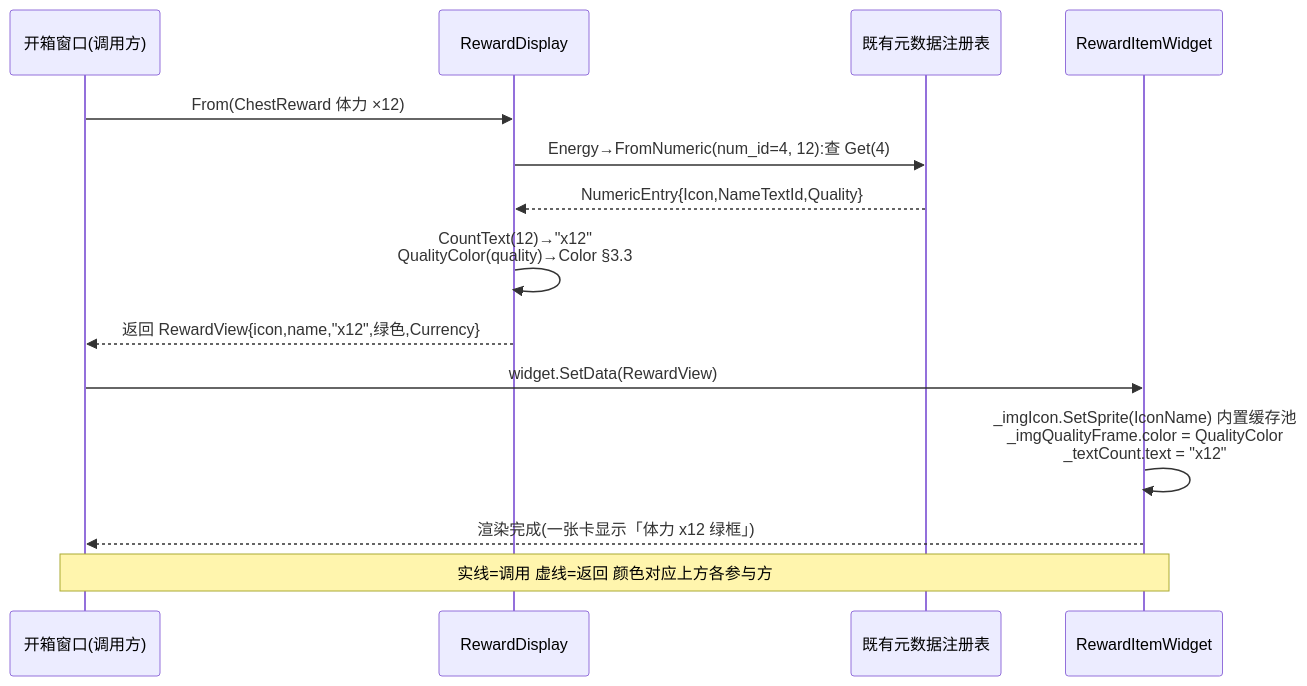
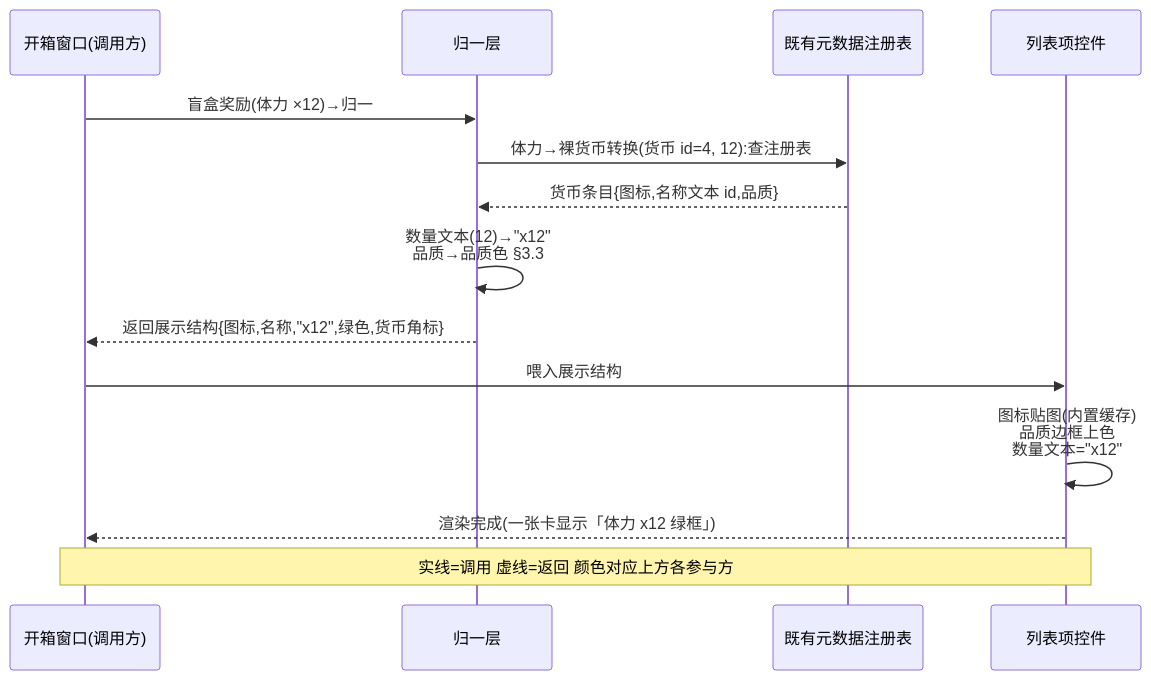
The second of 2 diagrams in UnityProject/design-docs/17-reward-display.md (zhoupeng921101/TEngine_zp), drawn with Mermaid before and after one commit. The commit also changed other lines of this file and 20 other files, not shown here.

````diff
--- a/UnityProject/design-docs/17-reward-display.md
+++ b/UnityProject/design-docs/17-reward-display.md
@@ -308,16 +220,16 @@
 ```mermaid
 sequenceDiagram
     participant W as 开箱窗口(调用方)
-    participant R as RewardDisplay
+    participant R as 归一层
     participant M as 既有元数据注册表
-    participant G as RewardItemWidget
-    W->>R: From(ChestReward 体力 ×12)
-    R->>M: Energy→FromNumeric(num_id=4, 12):查 Get(4)
-    M-->>R: NumericEntry{Icon,NameTextId,Quality}
-    R->>R: CountText(12)→"x12"<br/>QualityColor(quality)→Color §3.3
-    R-->>W: 返回 RewardView{icon,name,"x12",绿色,Currency}
-    W->>G: widget.SetData(RewardView)
-    G->>G: _imgIcon.SetSprite(IconName) 内置缓存池<br/>_imgQualityFrame.color = QualityColor<br/>_textCount.text = "x12"
+    participant G as 列表项控件
+    W->>R: 盲盒奖励(体力 ×12)→归一
+    R->>M: 体力→裸货币转换(货币 id=4, 12):查注册表
+    M-->>R: 货币条目{图标,名称文本 id,品质}
+    R->>R: 数量文本(12)→"x12"<br/>品质→品质色 §3.3
+    R-->>W: 返回展示结构{图标,名称,"x12",绿色,货币角标}
+    W->>G: 喂入展示结构
+    G->>G: 图标贴图(内置缓存)<br/>品质边框上色<br/>数量文本="x12"
     G-->>W: 渲染完成(一张卡显示「体力 x12 绿框」)
     Note over W,G: 实线=调用 虚线=返回 颜色对应上方各参与方
 ```
````
